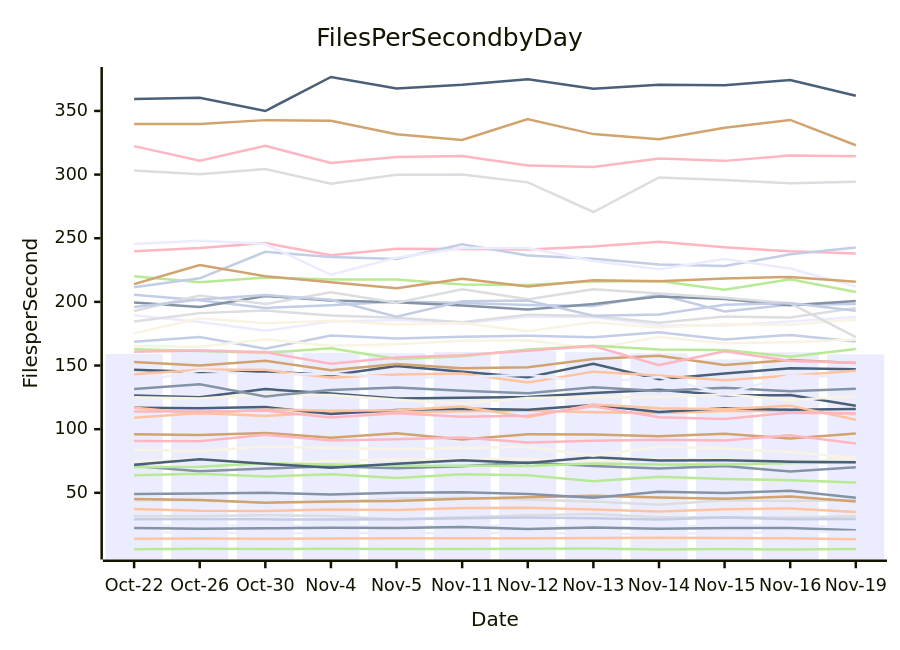
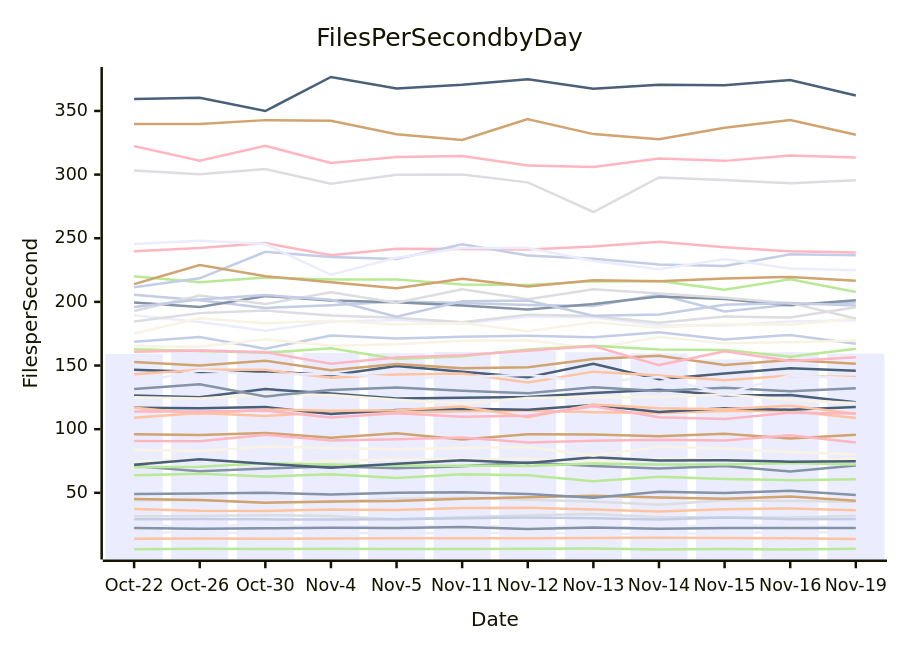
Before and after one commit to streetsidesoftware/cspell: the diagram in perf-report.md, drawn with Mermaid. The commit also changed other lines of this file and 1 other file, not shown here.

````diff
--- a/perf-report.md
+++ b/perf-report.md
@@ -10,57 +10,57 @@
 ```mermaid
 xychart-beta
     title Files Per Second by Day
     y-axis Files per Second
     x-axis Date [Oct-22, Oct-26, Oct-30, Nov-4, Nov-5, Nov-11, Nov-12, Nov-13, Nov-14, Nov-15, Nov-16, Nov-19]
-    bar [159.03, 162.88, 161.94, 160.02, 159.72, 160.65, 161.35, 160.47, 159.54, 154.79, 160.46, 158.71]
-    line [71.08, 67.00, 69.09, 70.86, 69.37, 70.88, 73.81, 71.09, 69.11, 71.10, 66.81, 70.15]
-    line [14.01, 14.02, 13.97, 14.18, 14.33, 14.26, 14.23, 14.49, 14.71, 14.55, 14.39, 13.62]
-    line [44.08, 44.42, 42.24, 42.88, 45.37, 46.20, 44.50, 43.23, 40.60, 44.15, 43.48, 44.38]
-    line [63.79, 65.07, 62.75, 64.51, 61.69, 64.67, 63.79, 59.02, 62.70, 60.80, 59.91, 58.15]
-    line [96.00, 95.45, 97.05, 93.17, 96.79, 91.80, 95.95, 95.87, 94.48, 96.44, 92.65, 96.54]
-    line [205.59, 201.31, 195.27, 197.35, 200.31, 199.19, 197.63, 196.85, 205.77, 192.52, 197.76, 198.34]
-    line [322.37, 310.93, 322.55, 309.17, 313.73, 314.69, 307.18, 306.00, 312.70, 310.78, 315.06, 314.39]
-    line [126.46, 125.04, 131.49, 128.05, 124.13, 124.73, 125.27, 128.39, 131.06, 126.59, 126.76, 118.34]
-    line [125.15, 124.19, 127.28, 126.86, 123.18, 120.25, 124.45, 125.35, 124.99, 127.41, 122.93, 125.87]
-    line [23.92, 24.17, 24.43, 23.95, 24.20, 23.49, 24.08, 23.00, 23.06, 24.50, 24.34, 22.84]
-    line [22.28, 21.78, 22.12, 22.59, 22.34, 23.16, 21.54, 22.68, 21.85, 22.43, 22.45, 20.60]
-    line [109.04, 112.63, 110.40, 113.53, 112.85, 114.15, 114.65, 113.36, 112.62, 114.36, 114.33, 111.68]
-    line [31.67, 31.78, 32.41, 31.83, 29.14, 30.76, 32.43, 33.35, 30.87, 30.71, 30.55, 31.63]
-    line [5.75, 6.03, 5.80, 6.05, 5.91, 5.92, 6.05, 6.23, 5.47, 5.95, 5.52, 5.91]
-    line [45.07, 44.31, 42.25, 43.22, 43.49, 45.34, 46.46, 47.61, 46.36, 45.42, 47.07, 43.10]
-    line [168.67, 172.42, 163.25, 173.61, 171.18, 172.63, 173.35, 172.14, 176.09, 170.54, 174.05, 168.86]
-    line [239.78, 242.41, 246.20, 236.64, 241.81, 241.59, 241.14, 243.55, 247.17, 242.91, 239.70, 237.98]
-    line [116.88, 116.53, 117.43, 111.89, 115.01, 116.13, 115.22, 119.08, 113.54, 116.51, 115.21, 115.88]
-    line [165.23, 164.80, 170.61, 165.61, 166.70, 169.45, 169.81, 163.46, 172.46, 167.41, 168.34, 170.49]
-    line [19.00, 18.63, 18.25, 18.44, 18.38, 18.23, 18.67, 17.83, 17.56, 18.43, 19.15, 19.35]
-    line [49.03, 49.37, 49.99, 48.68, 50.03, 50.42, 49.00, 46.22, 50.88, 49.95, 51.56, 46.21]
-    line [116.85, 112.16, 115.50, 114.45, 114.87, 117.85, 109.38, 119.29, 116.46, 115.59, 118.49, 107.40]
-    line [303.13, 300.22, 304.34, 292.89, 299.81, 300.08, 293.90, 270.62, 297.75, 295.78, 293.19, 294.30]
-    line [162.77, 161.40, 160.02, 163.60, 155.05, 157.20, 162.55, 165.62, 162.61, 162.23, 156.96, 163.03]
-    line [339.81, 339.82, 342.79, 342.26, 331.64, 327.21, 343.58, 331.81, 327.76, 336.79, 342.94, 323.03]
-    line [29.31, 29.41, 29.14, 29.07, 29.19, 29.96, 30.60, 29.98, 29.13, 30.65, 29.20, 29.50]
-    line [90.70, 90.60, 95.53, 91.04, 92.11, 93.46, 89.53, 90.84, 91.64, 91.15, 95.31, 88.78]
-    line [146.67, 144.85, 145.45, 142.42, 149.63, 145.08, 140.78, 151.35, 139.20, 143.75, 147.85, 147.07]
-    line [74.51, 76.18, 72.03, 75.21, 76.09, 76.34, 76.58, 74.79, 76.80, 76.30, 73.76, 77.09]
-    line [189.47, 184.23, 177.36, 184.49, 185.72, 182.94, 188.28, 187.98, 181.73, 181.49, 184.66, 188.05]
-    line [199.55, 196.07, 204.60, 201.12, 199.63, 197.18, 194.05, 198.31, 204.17, 202.23, 197.34, 200.64]
-    line [143.06, 146.69, 146.59, 140.40, 143.02, 143.74, 136.69, 145.20, 142.11, 138.52, 142.01, 145.83]
-    line [184.56, 191.17, 193.23, 189.38, 187.47, 183.93, 189.93, 188.83, 183.53, 188.50, 187.66, 195.19]
-    line [220.10, 215.49, 219.14, 217.54, 217.64, 213.57, 213.32, 216.11, 216.43, 209.55, 217.83, 207.80]
-    line [152.74, 149.93, 153.73, 146.39, 151.10, 147.79, 148.60, 155.08, 157.59, 150.36, 154.26, 151.91]
-    line [211.47, 218.53, 239.32, 235.17, 233.67, 245.24, 236.50, 233.98, 229.39, 228.12, 237.34, 242.76]
-    line [113.95, 113.80, 114.69, 109.15, 112.48, 109.72, 110.55, 118.02, 109.29, 108.02, 112.93, 112.51]
-    line [359.34, 360.33, 349.95, 376.67, 367.68, 370.64, 374.87, 367.41, 370.51, 370.21, 374.24, 361.88]
-    line [175.20, 187.18, 183.23, 185.22, 182.14, 183.42, 176.89, 184.07, 179.92, 182.71, 181.97, 186.25]
-    line [245.56, 247.95, 245.41, 221.31, 234.75, 242.27, 242.37, 232.19, 225.67, 233.72, 226.18, 211.97]
-    line [131.59, 135.21, 125.70, 130.73, 132.76, 130.23, 128.16, 133.01, 129.97, 132.49, 129.80, 131.73]
-    line [37.33, 35.82, 35.71, 36.86, 36.50, 38.05, 38.19, 36.99, 35.25, 37.09, 37.76, 34.89]
-    line [192.85, 204.98, 198.27, 207.58, 199.26, 209.84, 202.01, 209.99, 206.66, 203.31, 199.00, 172.23]
-    line [70.11, 70.57, 73.22, 72.23, 71.32, 71.25, 71.08, 73.06, 72.16, 72.33, 73.39, 73.88]
-    line [213.97, 229.01, 220.21, 215.36, 210.66, 218.14, 212.13, 216.95, 216.28, 218.40, 219.59, 215.86]
-    line [196.05, 201.96, 205.39, 201.71, 188.42, 200.46, 201.07, 189.10, 190.06, 197.82, 199.09, 193.06]
-    line [160.80, 161.82, 160.48, 151.46, 156.36, 158.02, 161.56, 165.28, 150.34, 161.29, 153.65, 152.13]
-    line [71.96, 76.44, 72.80, 69.62, 72.93, 75.62, 73.39, 77.86, 75.46, 75.53, 74.48, 73.93]
-    line [83.62, 82.78, 86.40, 85.26, 84.18, 85.13, 86.07, 79.22, 86.18, 84.80, 82.10, 77.28]
-    line [136.76, 146.14, 142.74, 143.48, 140.52, 140.72, 142.75, 136.72, 140.92, 127.38, 142.26, 141.06]
+    bar [159.03, 162.88, 161.94, 160.02, 159.72, 160.65, 161.35, 160.47, 159.54, 154.79, 160.46, 159.34]
+    line [71.08, 67.00, 69.09, 70.86, 69.37, 70.88, 73.81, 71.09, 69.11, 71.10, 66.81, 71.37]
+    line [14.01, 14.02, 13.97, 14.18, 14.33, 14.26, 14.23, 14.49, 14.71, 14.55, 14.39, 13.68]
+    line [44.08, 44.42, 42.24, 42.88, 45.37, 46.20, 44.50, 43.23, 40.60, 44.15, 43.48, 43.07]
+    line [63.79, 65.07, 62.75, 64.51, 61.69, 64.67, 63.79, 59.02, 62.70, 60.80, 59.91, 60.69]
+    line [96.00, 95.45, 97.05, 93.17, 96.79, 91.80, 95.95, 95.87, 94.48, 96.44, 92.65, 95.58]
+    line [205.59, 201.31, 195.27, 197.35, 200.31, 199.19, 197.63, 196.85, 205.77, 192.52, 197.76, 199.58]
+    line [322.37, 310.93, 322.55, 309.17, 313.73, 314.69, 307.18, 306.00, 312.70, 310.78, 315.06, 313.52]
+    line [126.46, 125.04, 131.49, 128.05, 124.13, 124.73, 125.27, 128.39, 131.06, 126.59, 126.76, 121.11]
+    line [125.15, 124.19, 127.28, 126.86, 123.18, 120.25, 124.45, 125.35, 124.99, 127.41, 122.93, 120.59]
+    line [23.92, 24.17, 24.43, 23.95, 24.20, 23.49, 24.08, 23.00, 23.06, 24.50, 24.34, 22.69]
+    line [22.28, 21.78, 22.12, 22.59, 22.34, 23.16, 21.54, 22.68, 21.85, 22.43, 22.45, 22.28]
+    line [109.04, 112.63, 110.40, 113.53, 112.85, 114.15, 114.65, 113.36, 112.62, 114.36, 114.33, 108.71]
+    line [31.67, 31.78, 32.41, 31.83, 29.14, 30.76, 32.43, 33.35, 30.87, 30.71, 30.55, 32.06]
+    line [5.75, 6.03, 5.80, 6.05, 5.91, 5.92, 6.05, 6.23, 5.47, 5.95, 5.52, 5.99]
+    line [45.07, 44.31, 42.25, 43.22, 43.49, 45.34, 46.46, 47.61, 46.36, 45.42, 47.07, 43.76]
+    line [168.67, 172.42, 163.25, 173.61, 171.18, 172.63, 173.35, 172.14, 176.09, 170.54, 174.05, 167.09]
+    line [239.78, 242.41, 246.20, 236.64, 241.81, 241.59, 241.14, 243.55, 247.17, 242.91, 239.70, 238.85]
+    line [116.88, 116.53, 117.43, 111.89, 115.01, 116.13, 115.22, 119.08, 113.54, 116.51, 115.21, 117.43]
+    line [165.23, 164.80, 170.61, 165.61, 166.70, 169.45, 169.81, 163.46, 172.46, 167.41, 168.34, 169.75]
+    line [19.00, 18.63, 18.25, 18.44, 18.38, 18.23, 18.67, 17.83, 17.56, 18.43, 19.15, 18.91]
+    line [49.03, 49.37, 49.99, 48.68, 50.03, 50.42, 49.00, 46.22, 50.88, 49.95, 51.56, 48.25]
+    line [116.85, 112.16, 115.50, 114.45, 114.87, 117.85, 109.38, 119.29, 116.46, 115.59, 118.49, 112.06]
+    line [303.13, 300.22, 304.34, 292.89, 299.81, 300.08, 293.90, 270.62, 297.75, 295.78, 293.19, 295.57]
+    line [162.77, 161.40, 160.02, 163.60, 155.05, 157.20, 162.55, 165.62, 162.61, 162.23, 156.96, 163.27]
+    line [339.81, 339.82, 342.79, 342.26, 331.64, 327.21, 343.58, 331.81, 327.76, 336.79, 342.94, 331.34]
+    line [29.31, 29.41, 29.14, 29.07, 29.19, 29.96, 30.60, 29.98, 29.13, 30.65, 29.20, 29.45]
+    line [90.70, 90.60, 95.53, 91.04, 92.11, 93.46, 89.53, 90.84, 91.64, 91.15, 95.31, 89.59]
+    line [146.67, 144.85, 145.45, 142.42, 149.63, 145.08, 140.78, 151.35, 139.20, 143.75, 147.85, 145.95]
+    line [74.51, 76.18, 72.03, 75.21, 76.09, 76.34, 76.58, 74.79, 76.80, 76.30, 73.76, 77.14]
+    line [189.47, 184.23, 177.36, 184.49, 185.72, 182.94, 188.28, 187.98, 181.73, 181.49, 184.66, 185.64]
+    line [199.55, 196.07, 204.60, 201.12, 199.63, 197.18, 194.05, 198.31, 204.17, 202.23, 197.34, 201.28]
+    line [143.06, 146.69, 146.59, 140.40, 143.02, 143.74, 136.69, 145.20, 142.11, 138.52, 142.01, 141.03]
+    line [184.56, 191.17, 193.23, 189.38, 187.47, 183.93, 189.93, 188.83, 183.53, 188.50, 187.66, 195.83]
+    line [220.10, 215.49, 219.14, 217.54, 217.64, 213.57, 213.32, 216.11, 216.43, 209.55, 217.83, 207.75]
+    line [152.74, 149.93, 153.73, 146.39, 151.10, 147.79, 148.60, 155.08, 157.59, 150.36, 154.26, 151.31]
+    line [211.47, 218.53, 239.32, 235.17, 233.67, 245.24, 236.50, 233.98, 229.39, 228.12, 237.34, 236.69]
+    line [113.95, 113.80, 114.69, 109.15, 112.48, 109.72, 110.55, 118.02, 109.29, 108.02, 112.93, 112.29]
+    line [359.34, 360.33, 349.95, 376.67, 367.68, 370.64, 374.87, 367.41, 370.51, 370.21, 374.24, 362.11]
+    line [175.20, 187.18, 183.23, 185.22, 182.14, 183.42, 176.89, 184.07, 179.92, 182.71, 181.97, 186.92]
+    line [245.56, 247.95, 245.41, 221.31, 234.75, 242.27, 242.37, 232.19, 225.67, 233.72, 226.18, 224.94]
+    line [131.59, 135.21, 125.70, 130.73, 132.76, 130.23, 128.16, 133.01, 129.97, 132.49, 129.80, 132.15]
+    line [37.33, 35.82, 35.71, 36.86, 36.50, 38.05, 38.19, 36.99, 35.25, 37.09, 37.76, 36.29]
+    line [192.85, 204.98, 198.27, 207.58, 199.26, 209.84, 202.01, 209.99, 206.66, 203.31, 199.00, 186.90]
+    line [70.11, 70.57, 73.22, 72.23, 71.32, 71.25, 71.08, 73.06, 72.16, 72.33, 73.39, 72.25]
+    line [213.97, 229.01, 220.21, 215.36, 210.66, 218.14, 212.13, 216.95, 216.28, 218.40, 219.59, 216.58]
+    line [196.05, 201.96, 205.39, 201.71, 188.42, 200.46, 201.07, 189.10, 190.06, 197.82, 199.09, 197.22]
+    line [160.80, 161.82, 160.48, 151.46, 156.36, 158.02, 161.56, 165.28, 150.34, 161.29, 153.65, 156.45]
+    line [71.96, 76.44, 72.80, 69.62, 72.93, 75.62, 73.39, 77.86, 75.46, 75.53, 74.48, 74.84]
+    line [83.62, 82.78, 86.40, 85.26, 84.18, 85.13, 86.07, 79.22, 86.18, 84.80, 82.10, 80.12]
+    line [136.76, 146.14, 142.74, 143.48, 140.52, 140.72, 142.75, 136.72, 140.92, 127.38, 142.26, 139.82]
 ```
````
